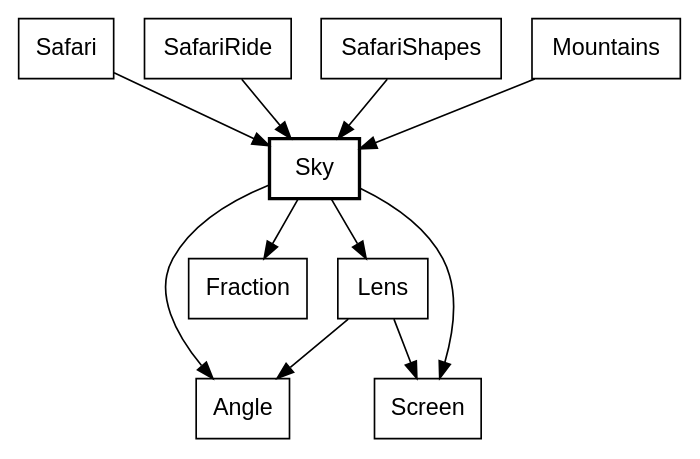
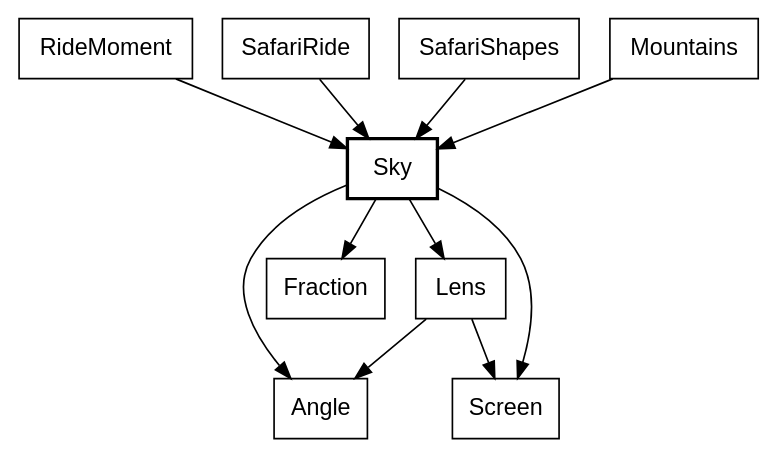
The fourth of 7 diagrams in canvas_apps/safari/tutorial/tutorial.md (showell/roc-apps), drawn with Graphviz before and after one commit. The commit also changed other lines of this file and 8 other files, not shown here.

First line of the commit message:
safari: Safari.roc becomes RideMoment.roc

````diff
--- a/canvas_apps/safari/tutorial/tutorial.md
+++ b/canvas_apps/safari/tutorial/tutorial.md
@@ -143,16 +143,16 @@
 ```dot
 digraph sky {
   node [shape=box, fontname="Helvetica"];
   Sky [style=bold];
-  Safari -> Sky;
+  RideMoment -> Sky;
   SafariRide -> Sky;
   SafariShapes -> Sky;
   Mountains -> Sky;
   Sky -> Angle;
   Sky -> Fraction;
   Sky -> Lens;
   Sky -> Screen;
   Lens -> Angle;
   Lens -> Screen;
 }
 ```
````
